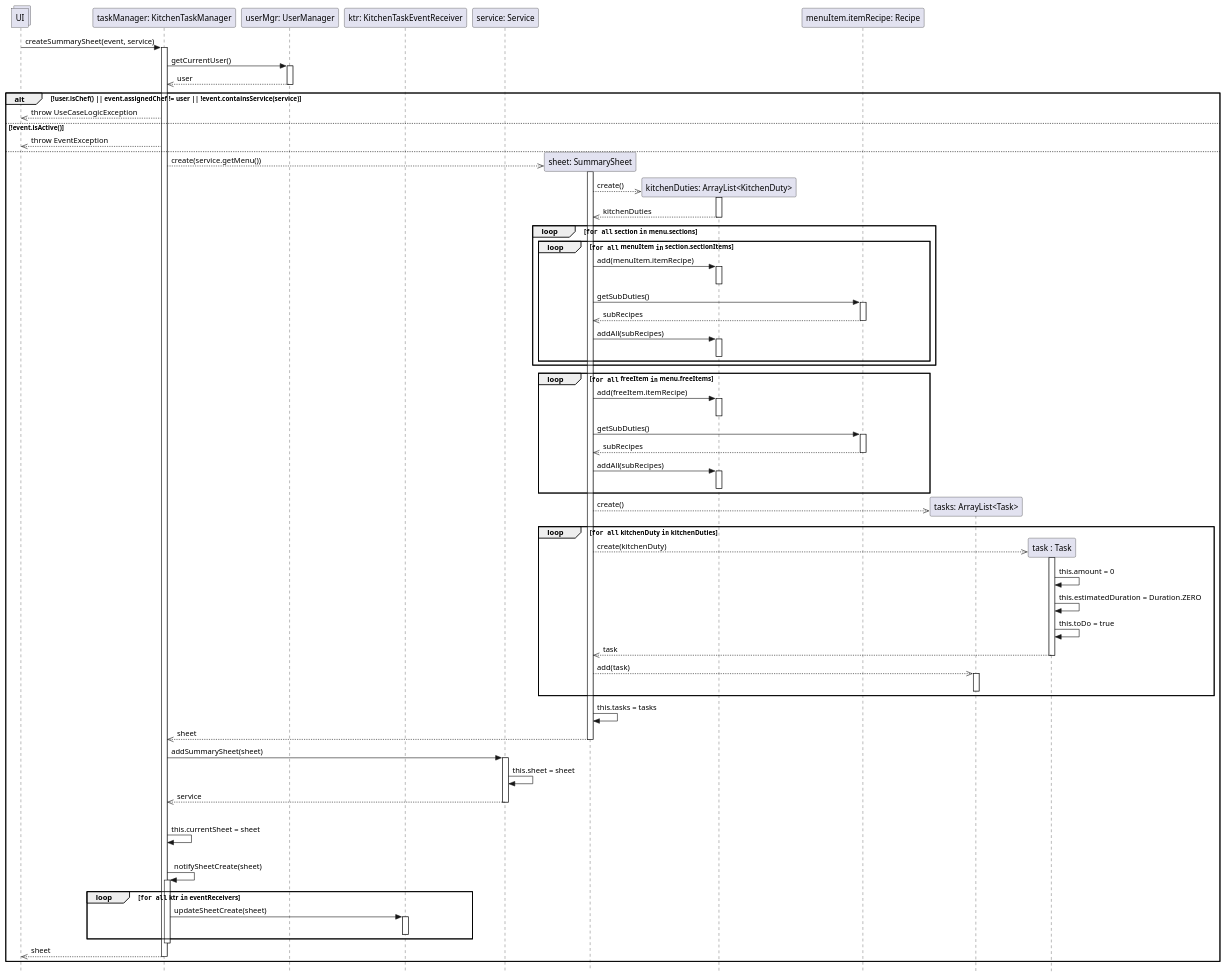
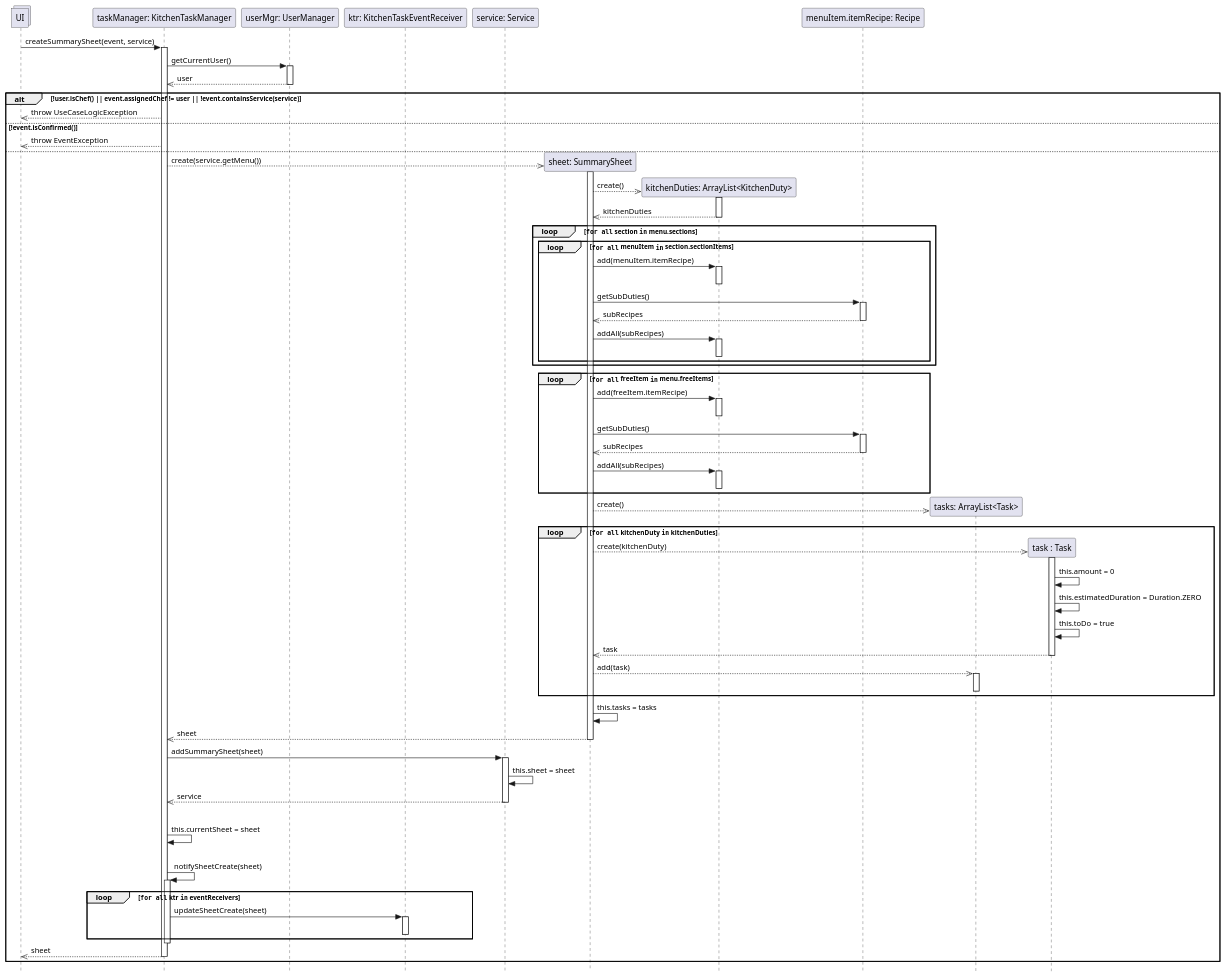
One commit to stefa168/sas-project changed the diagram in UP/Progettazione/UC Gestire Compiti Cucina/DSD/DSD Operazione 1.puml. Above: the diagram before and after it, drawn with PlantUML. The commit also changed 2 other files, not shown here.

```diff
--- a/UP/Progettazione/UC Gestire Compiti Cucina/DSD/DSD Operazione 1.puml
+++ b/UP/Progettazione/UC Gestire Compiti Cucina/DSD/DSD Operazione 1.puml
@@ -1,113 +1,113 @@
 @startuml Operazione 1
 skinparam Style strictuml
 
 collections UI
 
 participant "taskManager: KitchenTaskManager" as tm
 UI -> tm: createSummarySheet(event, service)
 activate tm
 
 participant "userMgr: UserManager" as um
 participant "ktr: KitchenTaskEventReceiver" as ktr
 participant "service: Service" as service
 tm -> um: getCurrentUser()
 activate um
 tm <<-- um: user
 deactivate um
 
 alt !user.isChef() || event.assignedChef != user || !event.containsService(service)
     UI <<-- tm: throw UseCaseLogicException
-else !event.isActive()
+else !event.isConfirmed()
     UI <<-- tm: throw EventException
 else
     participant "sheet: SummarySheet" as ss
     tm -->> ss **: create(service.getMenu())
     activate ss
 
     participant "kitchenDuties: ArrayList<KitchenDuty>" as kdList
     ss -->> kdList**: create()
     activate kdList
     return kitchenDuties
     deactivate kdList
     
     loop ""for all"" section ""in"" menu.sections
         loop ""for all"" menuItem ""in"" section.sectionItems
             ss -> kdList: add(menuItem.itemRecipe)
             activate kdList
             deactivate kdList
             
             participant "menuItem.itemRecipe: Recipe" as recipe
             ss -> recipe: getSubDuties()
             activate recipe
             ss <<-- recipe: subRecipes
             deactivate recipe
 
             ss -> kdList: addAll(subRecipes)
             activate kdList
             deactivate kdList
 
         end
     end
 
     loop ""for all"" freeItem ""in"" menu.freeItems
         ss -> kdList: add(freeItem.itemRecipe)
         activate kdList
         deactivate kdList
 
         participant "freeItem.itemRecipe: Recipe" as recipe
             ss -> recipe: getSubDuties()
             activate recipe
             ss <<-- recipe: subRecipes
             deactivate recipe
 
             ss -> kdList: addAll(subRecipes)
             activate kdList
             deactivate kdList
     end
 
     participant "tasks: ArrayList<Task>" as tasks
     ss -->> tasks**: create()
 
     loop ""for all"" kitchenDuty ""in"" kitchenDuties
         participant "task : Task" as t
         ss -->> t **: create(kitchenDuty)
         activate t
         t -> t: this.amount = 0
         t -> t: this.estimatedDuration = Duration.ZERO
         t -> t: this.toDo = true
         return task
         deactivate t
         ss -->>tasks: add(task)
         activate tasks
         deactivate tasks
     end
 
     ss -> ss: this.tasks = tasks
     tm <<-- ss: sheet
     deactivate ss
 
     tm -> service: addSummarySheet(sheet)
     activate service
     service->service:this.sheet = sheet
     tm <<-- service: service
     deactivate service
 
     |||
     tm -> tm: this.currentSheet = sheet
     |||
     tm -> tm: notifySheetCreate(sheet)
     activate tm
     loop ""for all"" ktr ""in"" eventReceivers
         tm -> ktr : updateSheetCreate(sheet)
         activate ktr
         deactivate ktr
     end
     deactivate tm
 
 
     UI <<-- tm: sheet
     deactivate tm
     
 end
 
 @enduml
```
